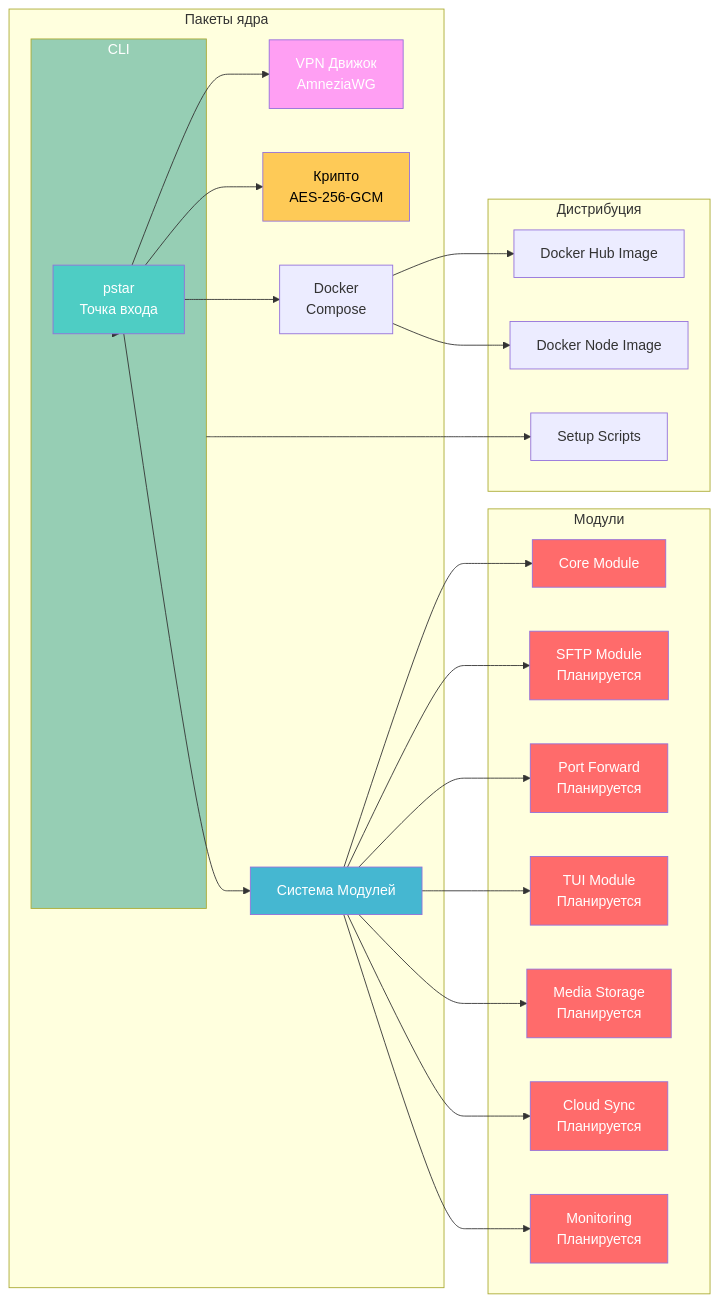
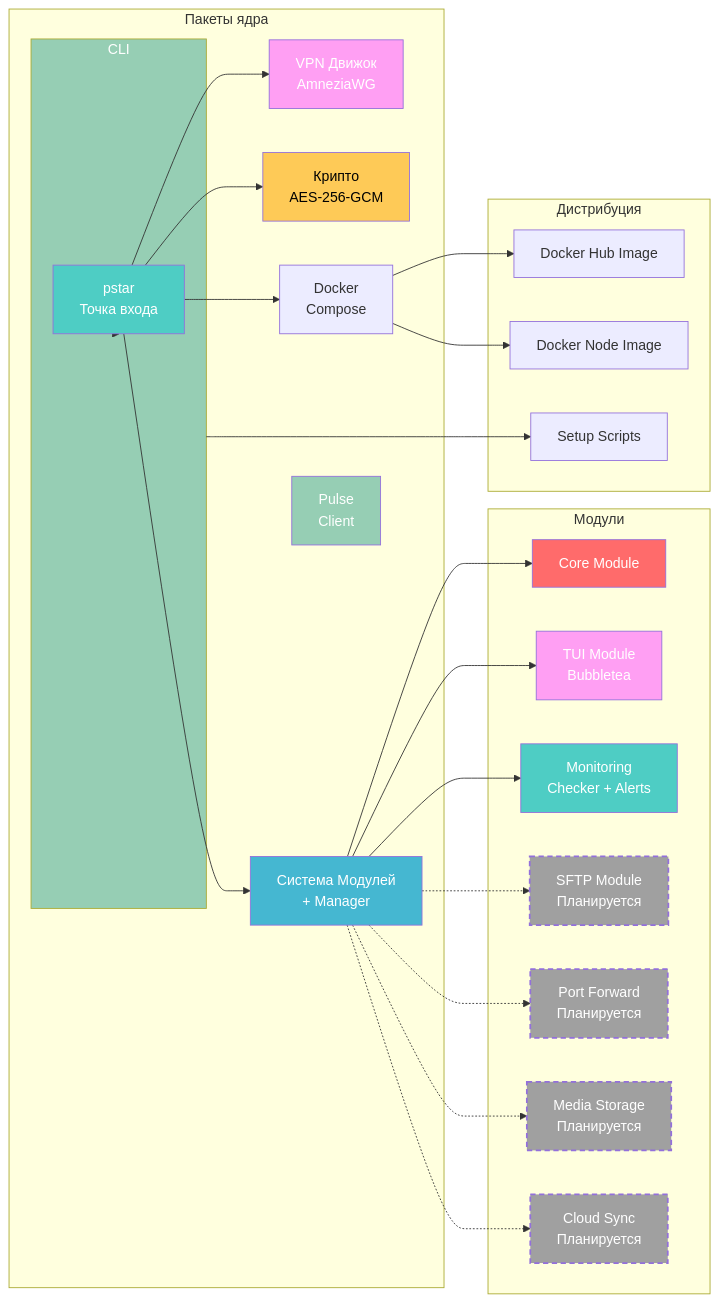
Before and after one commit to reneget/Pocket-Star: the second of 4 diagrams in README.ru.md, drawn with Mermaid. The commit also changed other lines of this file and 1 other file, not shown here.

Commit message:
docs: update module diagrams and tables — TUI/Monitor/Pulse are done, planned modules get dashed borders

````diff
--- a/README.ru.md
+++ b/README.ru.md
@@ -82,59 +82,61 @@
 ```mermaid
 graph LR
     subgraph "CLI"
         PSTAR[pstar<br/>Точка входа]
     end
     
     subgraph "Пакеты ядра"
         CLI[CLI Команды]
         VPN[VPN Движок<br/>AmneziaWG]
         CRYPT[Крипто<br/>AES-256-GCM]
-        MOD[Система Модулей]
+        MOD[Система Модулей<br/>+ Manager]
         DOCK[Docker<br/>Compose]
+        PULSE[Pulse<br/>Client]
     end
     
     subgraph "Модули"
         CORE[Core Module]
+        TUI[TUI Module<br/>Bubbletea]
+        MON[Monitoring<br/>Checker + Alerts]
         SFTP[SFTP Module<br/>Планируется]
         FWD[Port Forward<br/>Планируется]
-        TUI[TUI Module<br/>Планируется]
         MEDIA[Media Storage<br/>Планируется]
         CLOUD[Cloud Sync<br/>Планируется]
-        MON[Monitoring<br/>Планируется]
     end
     
     subgraph "Дистрибуция"
         HUB_IMG[Docker Hub Image]
         NODE_IMG[Docker Node Image]
         SCRIPTS[Setup Scripts]
     end
     
     PSTAR --> CLI
     PSTAR --> VPN
     PSTAR --> CRYPT
     PSTAR --> MOD
     PSTAR --> DOCK
     MOD --> CORE
-    MOD --> SFTP
-    MOD --> FWD
     MOD --> TUI
-    MOD --> MEDIA
-    MOD --> CLOUD
     MOD --> MON
+    MOD -.-> SFTP
+    MOD -.-> FWD
+    MOD -.-> MEDIA
+    MOD -.-> CLOUD
     DOCK --> HUB_IMG
     DOCK --> NODE_IMG
     CLI --> SCRIPTS
     
     style PSTAR fill:#4ecdc4,color:#fff
     style CLI fill:#96ceb4,color:#fff
     style VPN fill:#ff9ff3,color:#fff
     style CRYPT fill:#feca57,color:#000
     style MOD fill:#45b7d1,color:#fff
+    style PULSE fill:#96ceb4,color:#fff
     style CORE fill:#ff6b6b,color:#fff
-    style SFTP fill:#ff6b6b,color:#fff
-    style FWD fill:#ff6b6b,color:#fff
-    style TUI fill:#ff6b6b,color:#fff
-    style MEDIA fill:#ff6b6b,color:#fff
-    style CLOUD fill:#ff6b6b,color:#fff
-    style MON fill:#ff6b6b,color:#fff
+    style TUI fill:#ff9ff3,color:#fff
+    style MON fill:#4ecdc4,color:#fff
+    style SFTP fill:#a0a0a0,color:#fff,stroke-dasharray: 6 4,stroke-width:2px
+    style FWD fill:#a0a0a0,color:#fff,stroke-dasharray: 6 4,stroke-width:2px
+    style MEDIA fill:#a0a0a0,color:#fff,stroke-dasharray: 6 4,stroke-width:2px
+    style CLOUD fill:#a0a0a0,color:#fff,stroke-dasharray: 6 4,stroke-width:2px
 ```
````
